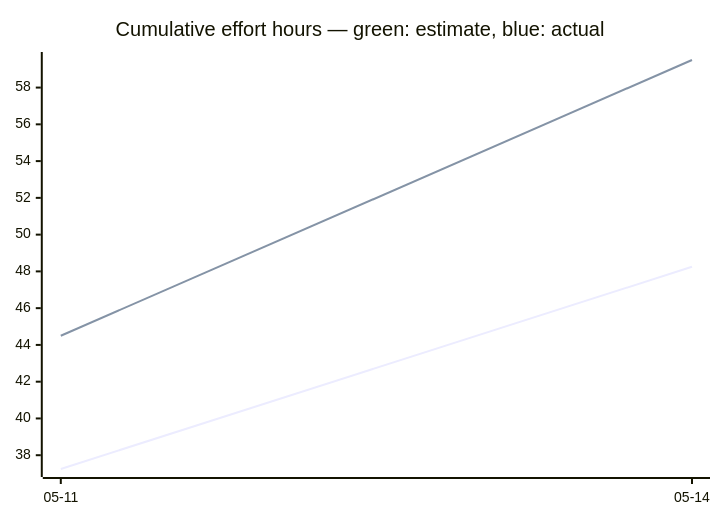
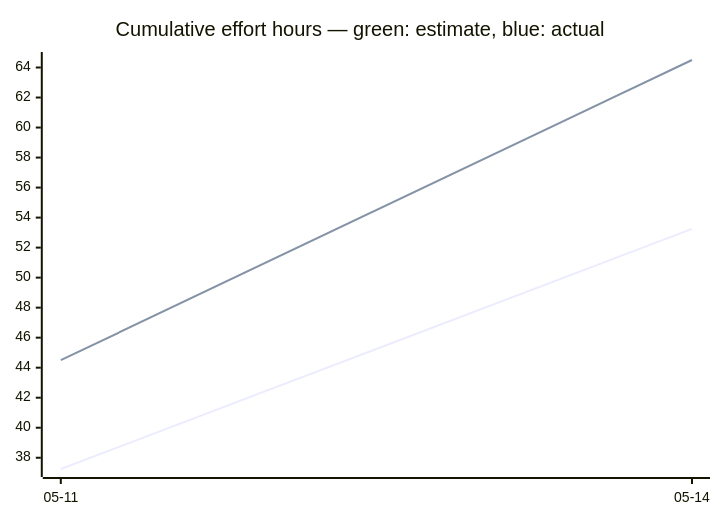
The third of 3 diagrams in docs/developers/tasks/OVERVIEW.md (tgd1975/AwesomeGuitarPedal), drawn with Mermaid before and after one commit. The commit also changed other lines of this file and 7 other files, not shown here.

````diff
--- a/docs/developers/tasks/OVERVIEW.md
+++ b/docs/developers/tasks/OVERVIEW.md
@@ -40,7 +40,7 @@
 ```mermaid
 xychart-beta
     title "Cumulative effort hours — green: estimate, blue: actual"
     x-axis ["05-11", "05-14"]
-    line [37.25, 48.25]
-    line [44.5, 59.5]
+    line [37.25, 53.25]
+    line [44.5, 64.5]
 ```
````
